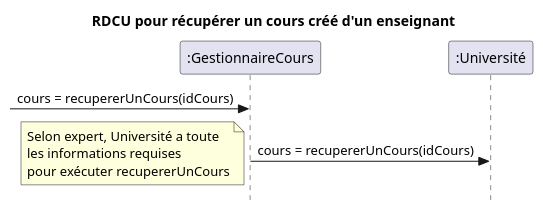
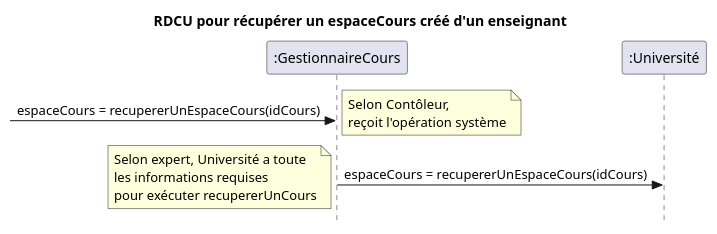
The second of 2 diagrams in docs/Récupérer cours/RDCU_Recuperer_Cours.puml (nerdz88/SGA-TS), drawn with PlantUML before and after one commit. The commit also changed other lines of this file and 39 other files, not shown here.

```diff
--- a/docs/Récupérer cours/RDCU_Recuperer_Cours.puml
+++ b/docs/Récupérer cours/RDCU_Recuperer_Cours.puml
@@ -14,10 +14,11 @@
 @startuml récupérer un cours
 skinparam style strictuml
 skinparam defaultfontname Verdana
-title RDCU pour récupérer un cours créé d'un enseignant
+title RDCU pour récupérer un espaceCours créé d'un enseignant
 participant ":GestionnaireCours" as controleur
 participant ":Université" as modele
-->controleur : cours = recupererUnCours(idCours)
-controleur -> modele : cours = recupererUnCours(idCours)
+->controleur : espaceCours = recupererUnEspaceCours(idCours)
+note right : Selon Contôleur,\nreçoit l'opération système
+controleur -> modele : espaceCours = recupererUnEspaceCours(idCours)
 note left : Selon expert, Université a toute\nles informations requises\npour exécuter recupererUnCours
 @enduml
```
